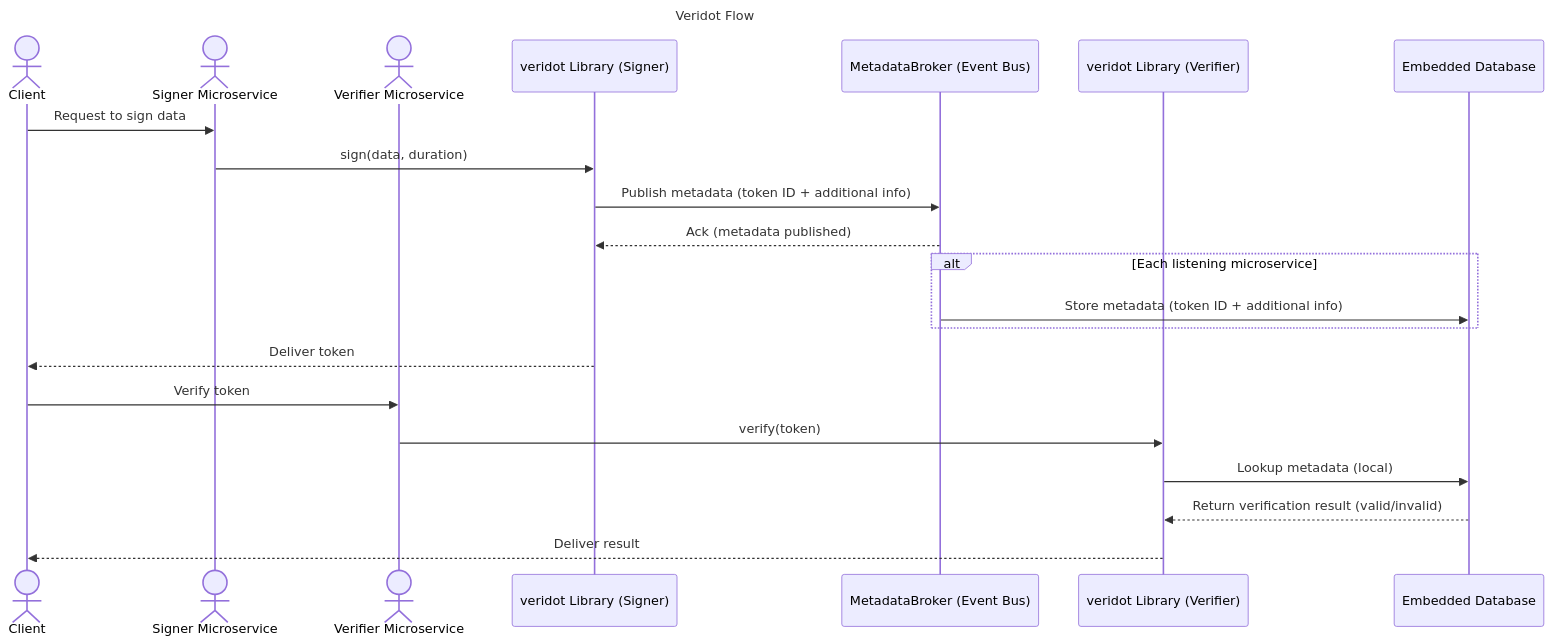
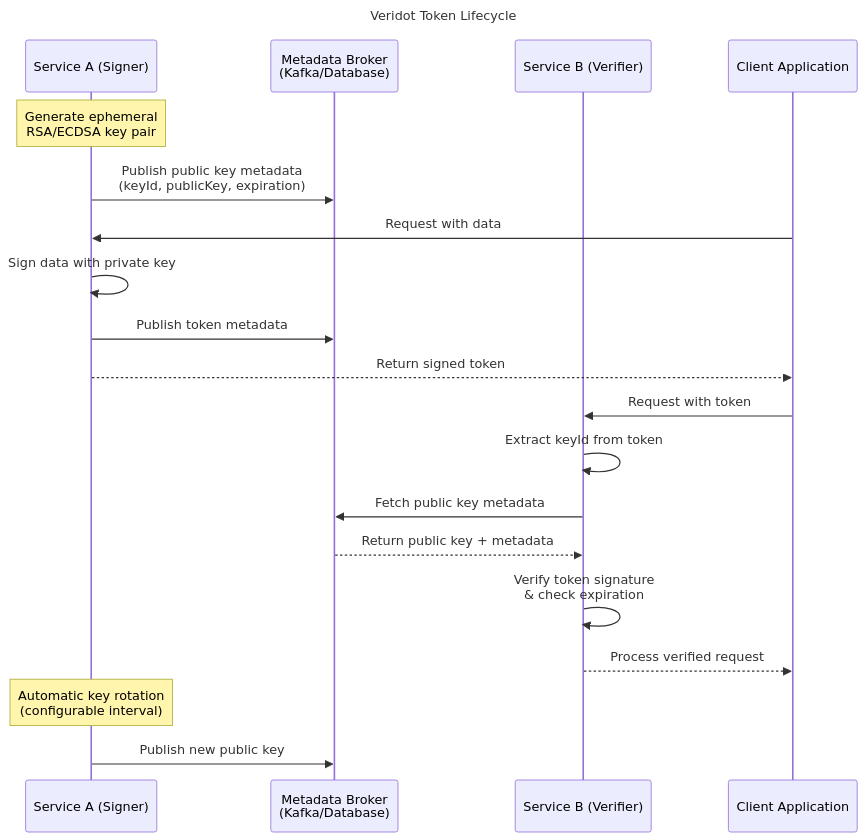
Before and after one commit to cyfko/veridot: the diagram in README.md, drawn with Mermaid. The commit also changed other lines of this file, not shown here.

````diff
--- a/README.md
+++ b/README.md
@@ -49,30 +66,31 @@
 ```mermaid
 sequenceDiagram
-    title Veridot Flow
+    title Veridot Token Lifecycle
 
-    actor Client
-    actor Signer as Signer Microservice
-    actor Verifier as Verifier Microservice
-    
-    participant DataSigner as veridot Library (Signer)
-    participant MetadataBroker as MetadataBroker (Event Bus)
-    participant TokenVerifier as veridot Library (Verifier)
-    participant DB_Verifier as Embedded Database
+    participant ServiceA as Service A (Signer)
+    participant Broker as Metadata Broker<br/>(Kafka/Database)
+    participant ServiceB as Service B (Verifier)
+    participant Client as Client Application
 
-    %% Signing Phase
-    Client->>Signer: Request to sign data
-    Signer->>DataSigner: sign(data, duration)
-    DataSigner->>MetadataBroker: Publish metadata (token ID + additional info)
-    MetadataBroker-->>DataSigner: Ack (metadata published)
-    alt Each listening microservice
-        MetadataBroker->>DB_Verifier: Store metadata (token ID + additional info)
-    end
-    DataSigner-->>Client: Deliver token
+    %% Key Generation & Registration
+    Note over ServiceA: Generate ephemeral<br/>RSA/ECDSA key pair
+    ServiceA->>Broker: Publish public key metadata<br/>(keyId, publicKey, expiration)
 
-    %% Verification Phase
-    Client->>Verifier: Verify token
-    Verifier->>TokenVerifier: verify(token)
-    TokenVerifier->>DB_Verifier: Lookup metadata (local)
-    DB_Verifier-->>TokenVerifier: Return verification result (valid/invalid)
-    TokenVerifier-->>Client: Deliver result
+    %% Token Signing
+    Client->>ServiceA: Request with data
+    ServiceA->>ServiceA: Sign data with private key
+    ServiceA->>Broker: Publish token metadata
+    ServiceA-->>Client: Return signed token
+
+    %% Token Verification
+    Client->>ServiceB: Request with token
+    ServiceB->>ServiceB: Extract keyId from token
+    ServiceB->>Broker: Fetch public key metadata
+    Broker-->>ServiceB: Return public key + metadata
+    ServiceB->>ServiceB: Verify token signature<br/>& check expiration
+    ServiceB-->>Client: Process verified request
+
+    %% Key Rotation (Automatic)
+    Note over ServiceA: Automatic key rotation<br/>(configurable interval)
+    ServiceA->>Broker: Publish new public key
 ```
````
